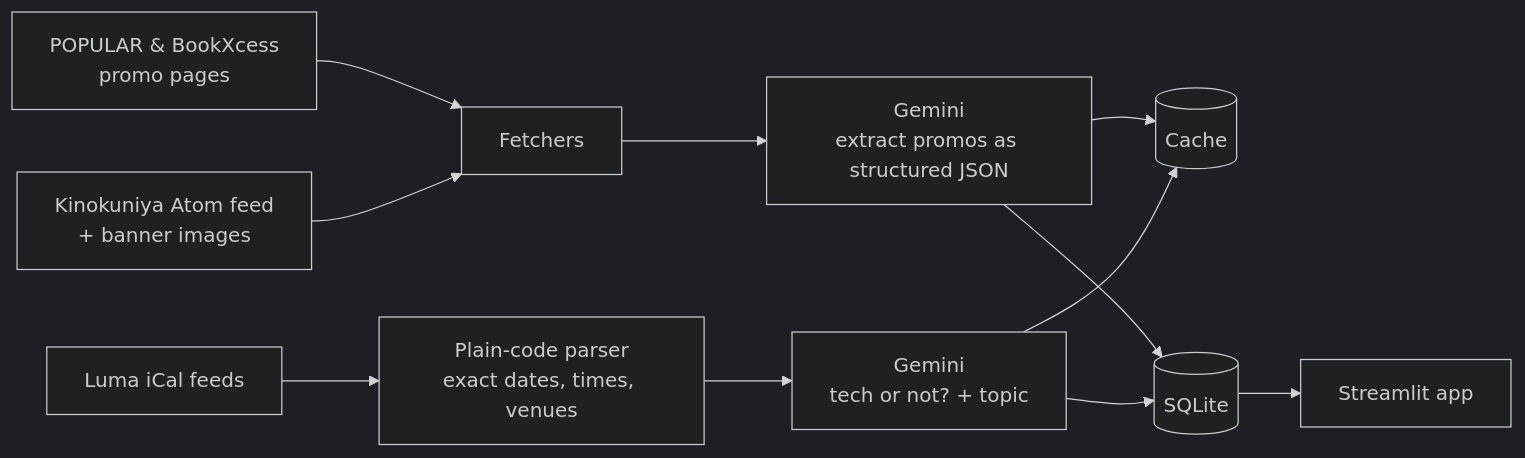
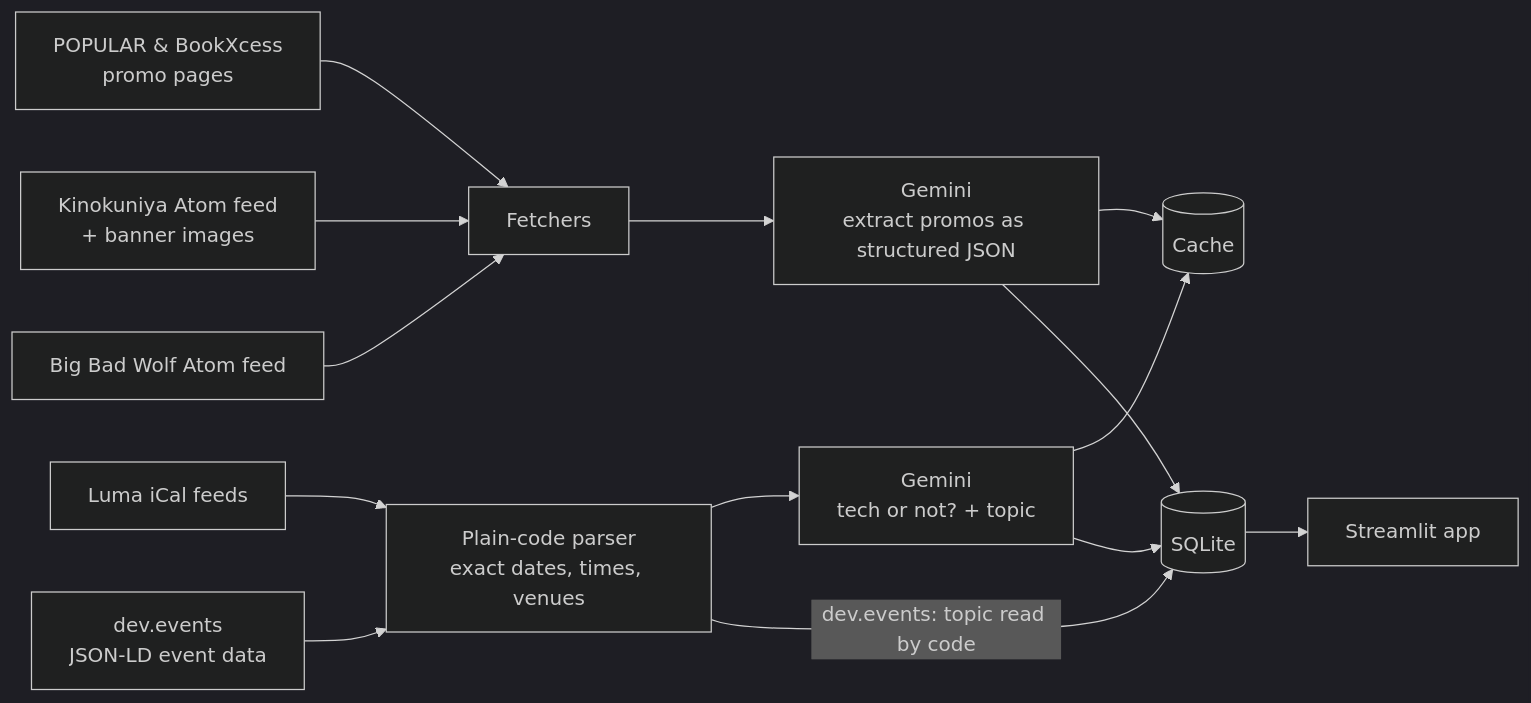
Before and after one commit to mIkhwan-hubgit/events-promos-helper: the diagram in README.md, drawn with Mermaid (dark theme). The commit also changed other lines of this file, not shown here.

````diff
--- a/README.md
+++ b/README.md
@@ -25,13 +25,16 @@
 ```mermaid
 flowchart LR
     A["POPULAR & BookXcess<br/>promo pages"] --> F["Fetchers"]
     B["Kinokuniya Atom feed<br/>+ banner images"] --> F
+    H["Big Bad Wolf Atom feed"] --> F
     C["Luma iCal feeds"] --> P["Plain-code parser<br/>exact dates, times, venues"]
+    E["dev.events<br/>JSON-LD event data"] --> P
     F --> G["Gemini<br/>extract promos as structured JSON"]
     P --> T["Gemini<br/>tech or not? + topic"]
+    P -->|"dev.events: topic read by code"| D
     G --> K[("Cache")]
     T --> K
     G --> D[("SQLite")]
     T --> D
     D --> S["Streamlit app"]
 ```
````
